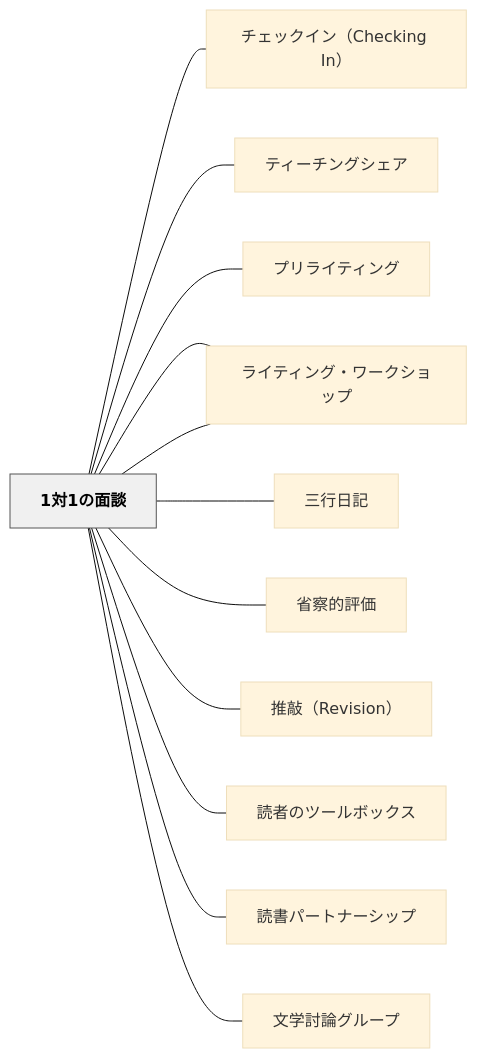
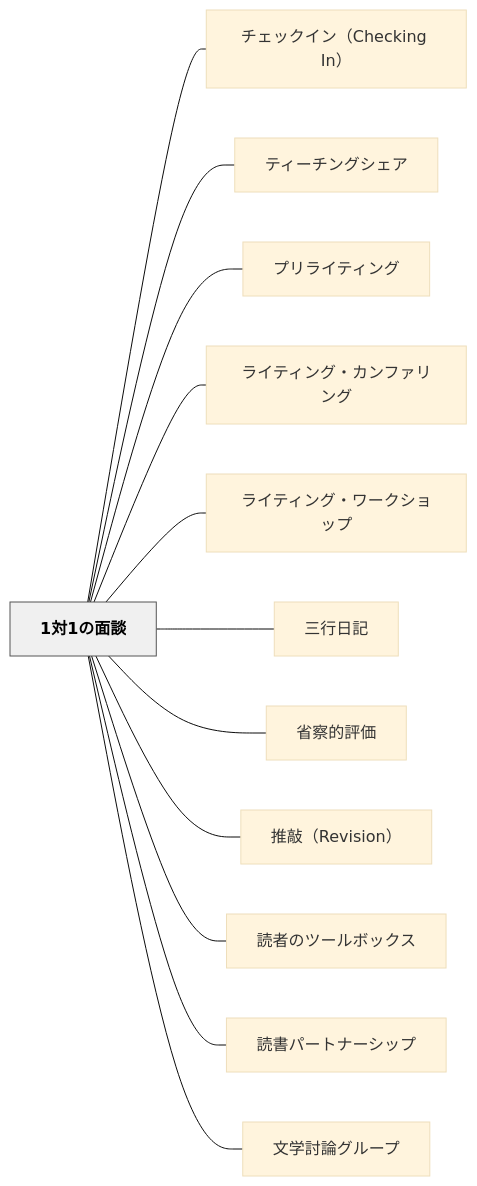
One commit to unknownthings-ed-patterns/unknownthings-ed-patterns changed the diagram in content/パタン/1対1の面談.md. Above: the diagram before and after it, drawn with Mermaid (base theme). The commit also changed 527 other files, not shown here.

````diff
--- a/content/パタン/1対1の面談.md
+++ b/content/パタン/1対1の面談.md
@@ -135,30 +135,30 @@
 ```mermaid
 flowchart LR
-    n31e5afbe31e3["1対1の面談"]
-    ne38381e382a7["チェックイン（Checking In）"]
-    ne38386e382a3["ティーチングシェア"]
-    ne38397e383aa["プリライティング"]
-    ne383a9e382a4["ライティング・カンファリング"]
-    ne383a9e382a4["ライティング・ワークショップ"]
-    ne4b889e8a18c["三行日記"]
-    ne79c81e5af9f["省察的評価"]
-    ne68ea8e695b2["推敲（Revision）"]
-    ne8aaade88085["読者のツールボックス"]
-    ne8aaade69bb8["読書パートナーシップ"]
-    ne69687e5ada6["文学討論グループ"]
+    n31e5afbe31e381aee99da2e8ab87["1対1の面談"]
+    ne38381e382a7e38383e382afe382a4e383b3efbc88436865636b696e6720496eefbc89["チェックイン（Checking In）"]
+    ne38386e382a3e383bce38381e383b3e382b0e382b7e382a7e382a2["ティーチングシェア"]
+    ne38397e383aae383a9e382a4e38386e382a3e383b3e382b0["プリライティング"]
+    ne383a9e382a4e38386e382a3e383b3e382b0e383bbe382abe383b3e38395e382a1e383aae383b3e382b0["ライティング・カンファリング"]
+    ne383a9e382a4e38386e382a3e383b3e382b0e383bbe383afe383bce382afe382b7e383a7e38383e38397["ライティング・ワークショップ"]
+    ne4b889e8a18ce697a5e8a898["三行日記"]
+    ne79c81e5af9fe79a84e8a995e4bea1["省察的評価"]
+    ne68ea8e695b2efbc885265766973696f6eefbc89["推敲（Revision）"]
+    ne8aaade88085e381aee38384e383bce383abe3839ce38383e382afe382b9["読者のツールボックス"]
+    ne8aaade69bb8e38391e383bce38388e3838ae383bce382b7e38383e38397["読書パートナーシップ"]
+    ne69687e5ada6e8a88ee8ab96e382b0e383abe383bce38397["文学討論グループ"]
 
-    n31e5afbe31e3 --- ne38381e382a7
-    n31e5afbe31e3 --- ne38386e382a3
-    n31e5afbe31e3 --- ne38397e383aa
-    n31e5afbe31e3 --- ne383a9e382a4
-    n31e5afbe31e3 --- ne383a9e382a4
-    n31e5afbe31e3 --- ne4b889e8a18c
-    n31e5afbe31e3 --- ne79c81e5af9f
-    n31e5afbe31e3 --- ne68ea8e695b2
-    n31e5afbe31e3 --- ne8aaade88085
-    n31e5afbe31e3 --- ne8aaade69bb8
-    n31e5afbe31e3 --- ne69687e5ada6
+    n31e5afbe31e381aee99da2e8ab87 --- ne38381e382a7e38383e382afe382a4e383b3efbc88436865636b696e6720496eefbc89
+    n31e5afbe31e381aee99da2e8ab87 --- ne38386e382a3e383bce38381e383b3e382b0e382b7e382a7e382a2
+    n31e5afbe31e381aee99da2e8ab87 --- ne38397e383aae383a9e382a4e38386e382a3e383b3e382b0
+    n31e5afbe31e381aee99da2e8ab87 --- ne383a9e382a4e38386e382a3e383b3e382b0e383bbe382abe383b3e38395e382a1e383aae383b3e382b0
+    n31e5afbe31e381aee99da2e8ab87 --- ne383a9e382a4e38386e382a3e383b3e382b0e383bbe383afe383bce382afe382b7e383a7e38383e38397
+    n31e5afbe31e381aee99da2e8ab87 --- ne4b889e8a18ce697a5e8a898
+    n31e5afbe31e381aee99da2e8ab87 --- ne79c81e5af9fe79a84e8a995e4bea1
+    n31e5afbe31e381aee99da2e8ab87 --- ne68ea8e695b2efbc885265766973696f6eefbc89
+    n31e5afbe31e381aee99da2e8ab87 --- ne8aaade88085e381aee38384e383bce383abe3839ce38383e382afe382b9
+    n31e5afbe31e381aee99da2e8ab87 --- ne8aaade69bb8e38391e383bce38388e3838ae383bce382b7e38383e38397
+    n31e5afbe31e381aee99da2e8ab87 --- ne69687e5ada6e8a88ee8ab96e382b0e383abe383bce38397
 
     classDef hub fill:#f0f0f0,stroke:#555,color:#000,font-weight:bold
-    class n31e5afbe31e3 hub
+    class n31e5afbe31e381aee99da2e8ab87 hub
 ```
````
